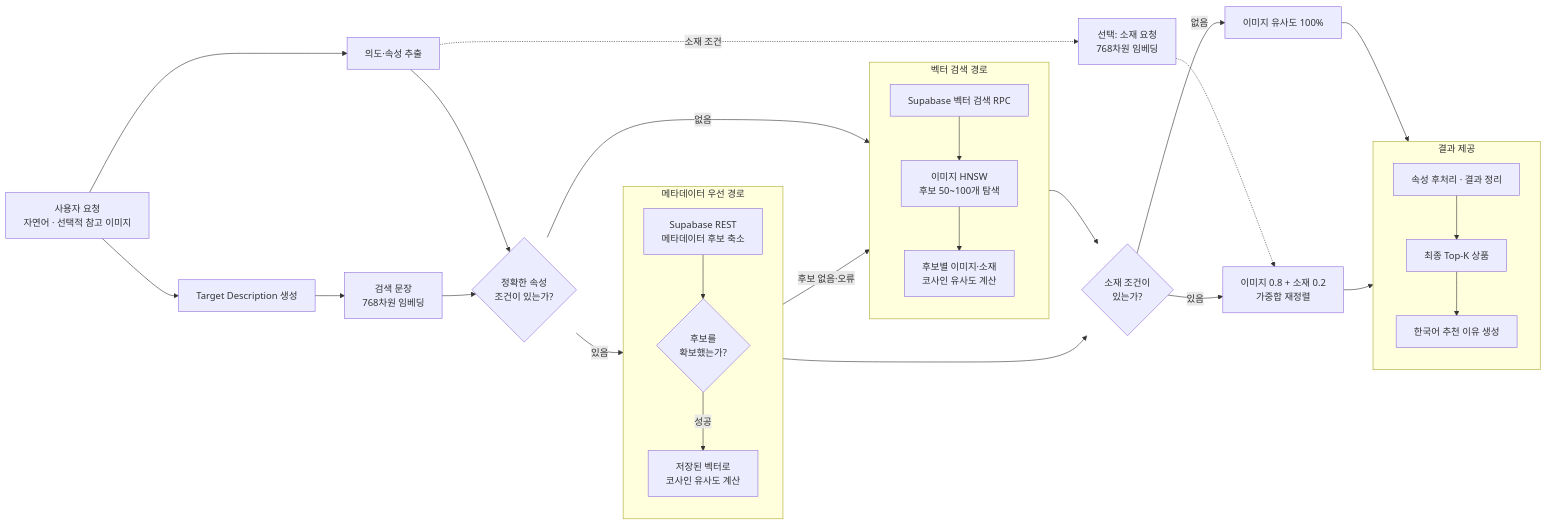
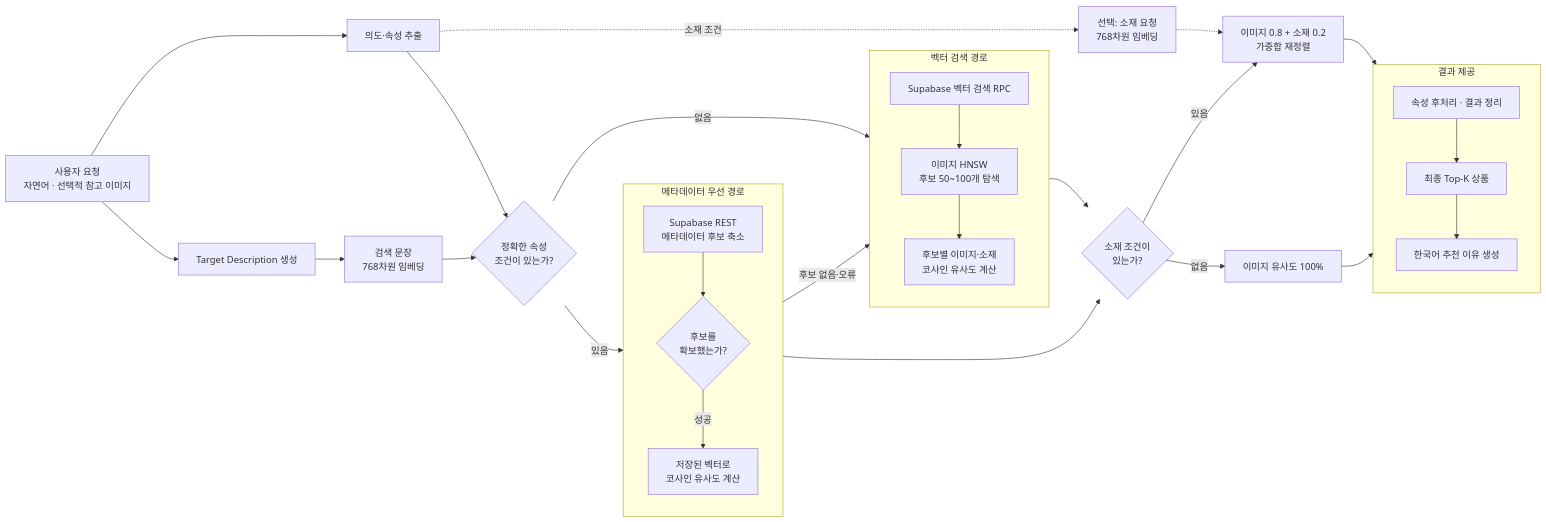
The diagram in README.md (cs-f1t/f1t), drawn with Mermaid before and after one commit. The commit also changed other lines of this file, not shown here.

````diff
--- a/README.md
+++ b/README.md
@@ -61,54 +61,54 @@
 ```mermaid
 flowchart LR
     A["사용자 요청<br/>자연어 · 선택적 참고 이미지"]
     B["의도·속성 추출"]
     C["Target Description 생성"]
     D["검색 문장<br/>768차원 임베딩"]
     E["선택: 소재 요청<br/>768차원 임베딩"]
     F{"정확한 속성<br/>조건이 있는가?"}
 
     subgraph META["메타데이터 우선 경로"]
         direction TB
         G["Supabase REST<br/>메타데이터 후보 축소"]
         H{"후보를<br/>확보했는가?"}
         I["저장된 벡터로<br/>코사인 유사도 계산"]
         G --> H
         H -- 성공 --> I
     end
 
     subgraph VECTOR["벡터 검색 경로"]
         direction TB
         J["Supabase 벡터 검색 RPC"]
         K["이미지 HNSW<br/>후보 50~100개 탐색"]
         L["후보별 이미지·소재<br/>코사인 유사도 계산"]
         J --> K --> L
     end
 
     M{"소재 조건이<br/>있는가?"}
+    O["이미지 0.8 + 소재 0.2<br/>가중합 재정렬"]
     N["이미지 유사도 100%"]
-    O["이미지 0.8 + 소재 0.2<br/>가중합 재정렬"]
 
     subgraph RESULT["결과 제공"]
         direction TB
         P["속성 후처리 · 결과 정리"]
         Q["최종 Top-K 상품"]
         R["한국어 추천 이유 생성"]
         P --> Q --> R
     end
 
     A --> B
     A --> C --> D
     B -. 소재 조건 .-> E
     B --> F
     D --> F
 
     F -- 있음 --> G
     F -- 없음 --> J
     H -- 후보 없음·오류 --> J
     I --> M
     L --> M
     E -.-> O
 
+    M -- 있음 --> O --> RESULT
     M -- 없음 --> N --> RESULT
-    M -- 있음 --> O --> RESULT
 ```
````
